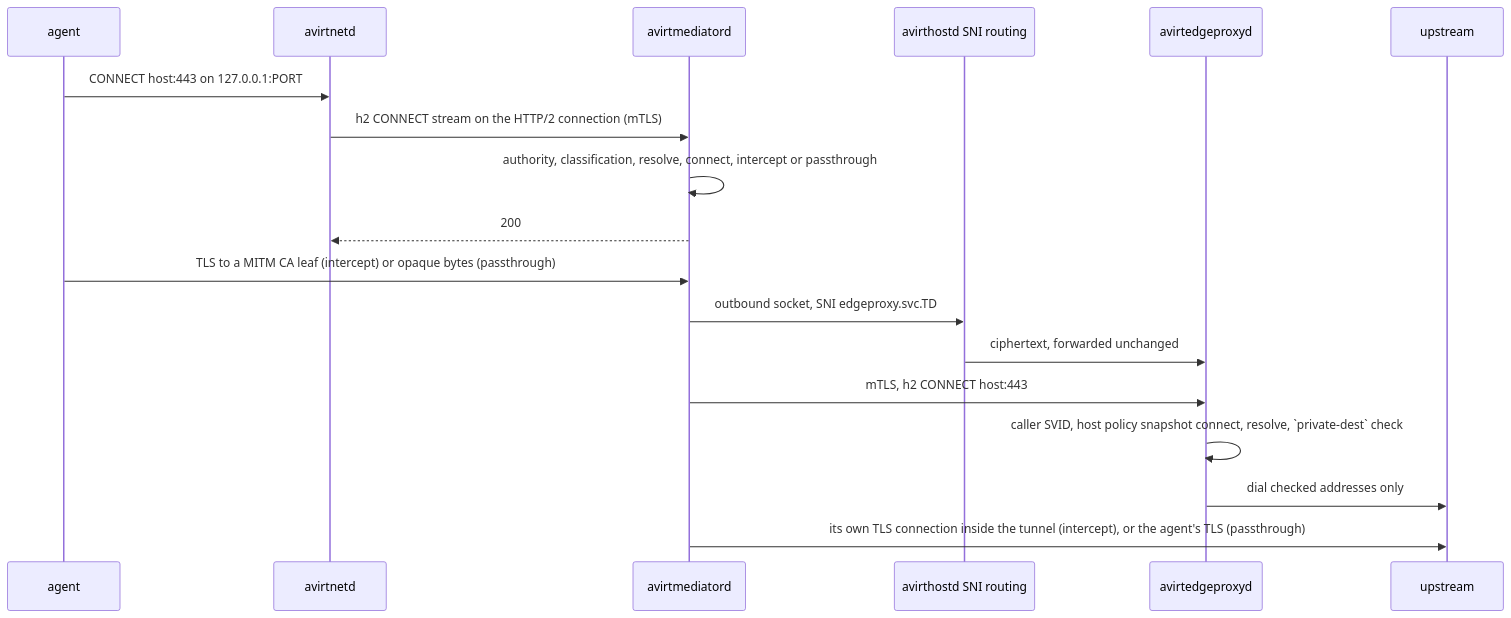
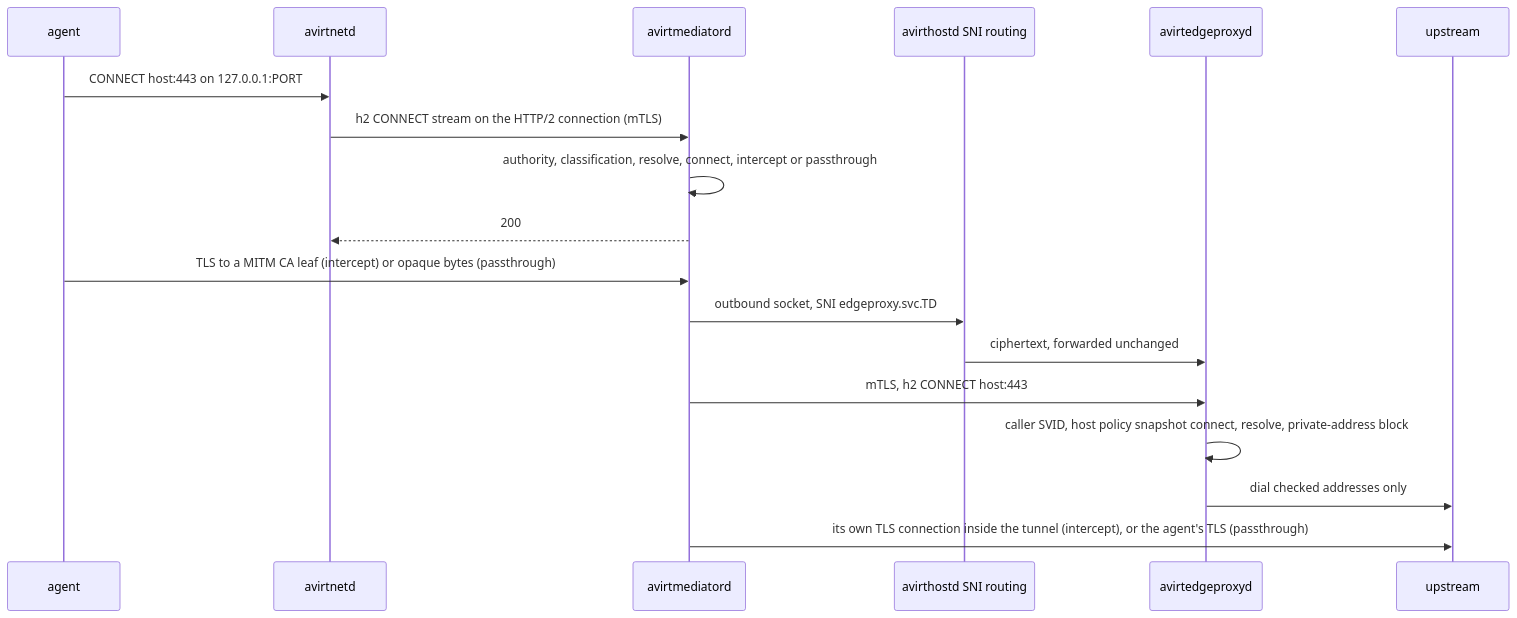
Before and after one commit to tbhb-dev/avirt: the second of 3 diagrams in docs/networking.md, drawn with Mermaid. The commit also changed other lines of this file and 31 other files, not shown here.

````diff
--- a/docs/networking.md
+++ b/docs/networking.md
@@ -161,20 +161,20 @@
 ```mermaid
 sequenceDiagram
     participant A as agent
     participant N as avirtnetd
     participant E as avirtmediatord
     participant R as avirthostd SNI routing
     participant F as avirtedgeproxyd
     participant U as upstream
     A->>N: CONNECT host:443 on 127.0.0.1:PORT
     N->>E: h2 CONNECT stream on the HTTP/2 connection (mTLS)
     E->>E: authority, classification, resolve, connect, intercept or passthrough
     E-->>N: 200
     A->>E: TLS to a MITM CA leaf (intercept) or opaque bytes (passthrough)
     E->>R: outbound socket, SNI edgeproxy.svc.TD
     R->>F: ciphertext, forwarded unchanged
     E->>F: mTLS, h2 CONNECT host:443
-    F->>F: caller SVID, host policy snapshot connect, resolve, `private-dest` check
+    F->>F: caller SVID, host policy snapshot connect, resolve, private-address block
     F->>U: dial checked addresses only
     E->>U: its own TLS connection inside the tunnel (intercept), or the agent's TLS (passthrough)
 ```
````
